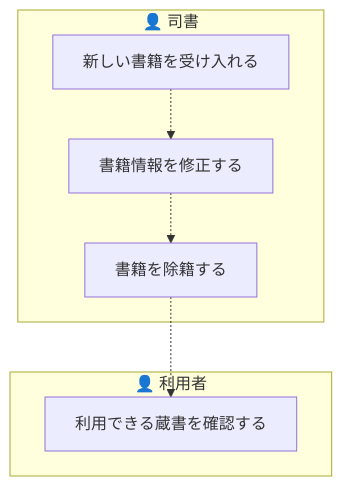
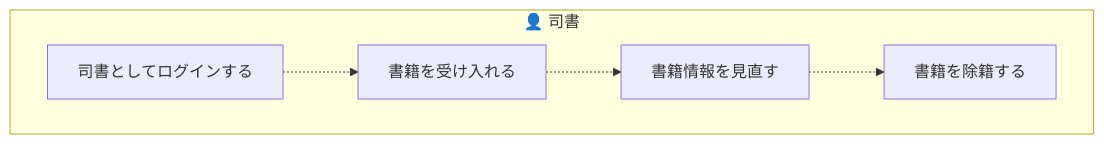
The first of 11 diagrams in samples/distillery2/library-loan/docs/requirements/rdra/views/03_業務フロー.md (suwa-sh/suwa-sh-claude-plugins), drawn with Mermaid before and after one commit. The commit also changed other lines of this file and 249 other files, not shown here.

````diff
--- a/samples/distillery2/library-loan/docs/requirements/rdra/views/03_業務フロー.md
+++ b/samples/distillery2/library-loan/docs/requirements/rdra/views/03_業務フロー.md
@@ -12,14 +12,12 @@
 ```mermaid
 graph TD
   subgraph LN1["👤 司書"]
-    AT1["新しい書籍を受け入れる"]
-    AT2["書籍情報を修正する"]
-    AT3["書籍を除籍する"]
-  end
-  subgraph LN2["👤 利用者"]
-    AT4["利用できる蔵書を確認する"]
+    AT1["司書としてログインする"]
+    AT2["書籍を受け入れる"]
+    AT3["書籍情報を見直す"]
+    AT4["書籍を除籍する"]
   end
   AT1 -.-> AT2
   AT2 -.-> AT3
   AT3 -.-> AT4
 ```
````
